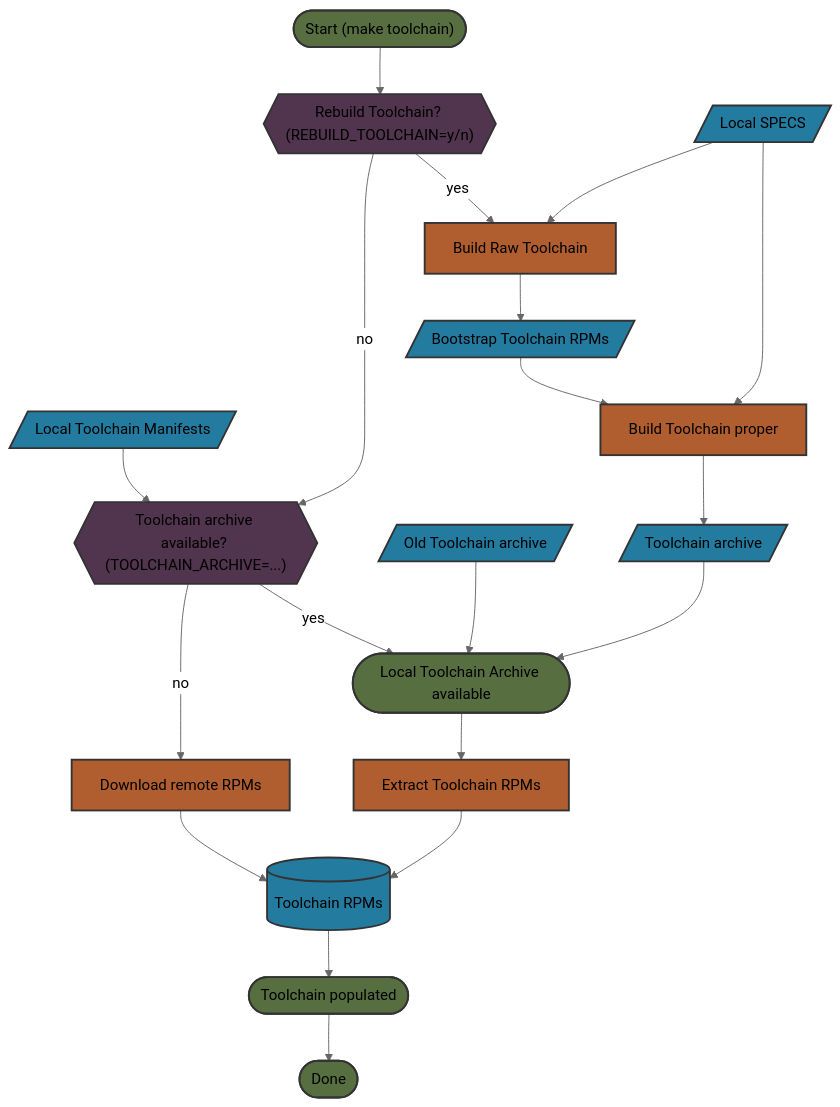
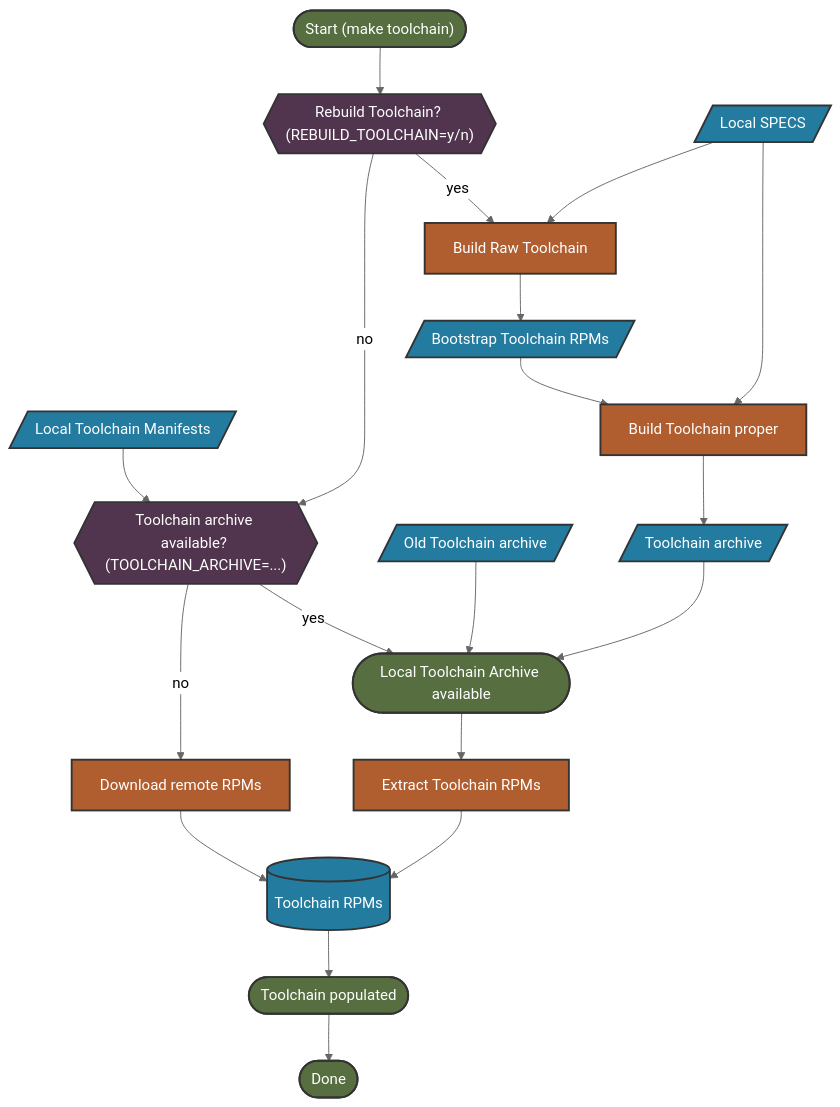
Before and after one commit to microsoft/azurelinux: the fourth of 6 diagrams in toolkit/docs/how_it_works/0_intro.md, drawn with Mermaid (neutral theme). The commit also changed other lines of this file, not shown here.

````diff
--- a/toolkit/docs/how_it_works/0_intro.md
+++ b/toolkit/docs/how_it_works/0_intro.md
@@ -102,50 +102,50 @@
 ```mermaid
 flowchart TD
 
     %% style definitions
-    classDef io fill:#247BA0,stroke:#333,stroke-width:2px;
-    classDef process fill:#B05E2F,stroke:#333,stroke-width:2px;
-    classDef decision fill:#51344D,stroke:#333,stroke-width:2px;
-    classDef goodState fill:#566E40,stroke:#333,stroke-width:2px;
-    classDef badState fill:#BC4B51,stroke:#333,stroke-width:2px;
+    classDef io fill:#247BA0,stroke:#333,stroke-width:2px,color:#fff;
+    classDef process fill:#B05E2F,stroke:#333,stroke-width:2px,color:#fff;
+    classDef decision fill:#51344D,stroke:#333,stroke-width:2px,color:#fff;
+    classDef goodState fill:#566E40,stroke:#333,stroke-width:2px,color:#fff;
+    classDef badState fill:#BC4B51,stroke:#333,stroke-width:2px,color:#fff;
 
     %% state nodes
     start(["Start (make toolchain)"]):::goodState
     done([Done]):::goodState
 
     %% TC nodes
     tcManifests[/Local Toolchain Manifests/]:::io
     tcRebuild{{"Rebuild Toolchain? (REBUILD_TOOLCHAIN=y/n)"}}:::decision
     toolchainChoice{{"Toolchain archive available? (TOOLCHAIN_ARCHIVE=...)"}}:::decision
     tcPopulated([Toolchain populated]):::goodState
     tcRPMs[(Toolchain RPMs)]:::io
     tcArchiveOld[/Old Toolchain archive/]:::io
     tcArchiveNew[/Toolchain archive/]:::io
     pullTC([Local Toolchain Archive available]):::goodState
     hydrateTC[Extract Toolchain RPMs]:::process
     buildRawTC[Build Raw Toolchain]:::process
     localSpecs[/Local SPECS/]:::io
     bsRPMS[/Bootstrap Toolchain RPMs/]:::io
     buildTC[Build Toolchain proper]:::process
     pullRemote[Download remote RPMs]:::process
 
     %% TC flow
     start --> tcRebuild
     tcRebuild -->|yes| buildRawTC
     tcManifests --> toolchainChoice
     tcRebuild -->|no|toolchainChoice
     toolchainChoice -->|no| pullRemote
     toolchainChoice -->|yes| pullTC 
     pullRemote --> tcRPMs
     pullTC -->hydrateTC
     tcArchiveOld --> pullTC
     hydrateTC --> tcRPMs
     localSpecs --> buildRawTC
     buildRawTC --> bsRPMS
     bsRPMS --> buildTC
     localSpecs --> buildTC
     buildTC --> tcArchiveNew
     tcArchiveNew --> pullTC
     tcRPMs-->tcPopulated
     tcPopulated --> done
 ```
````
